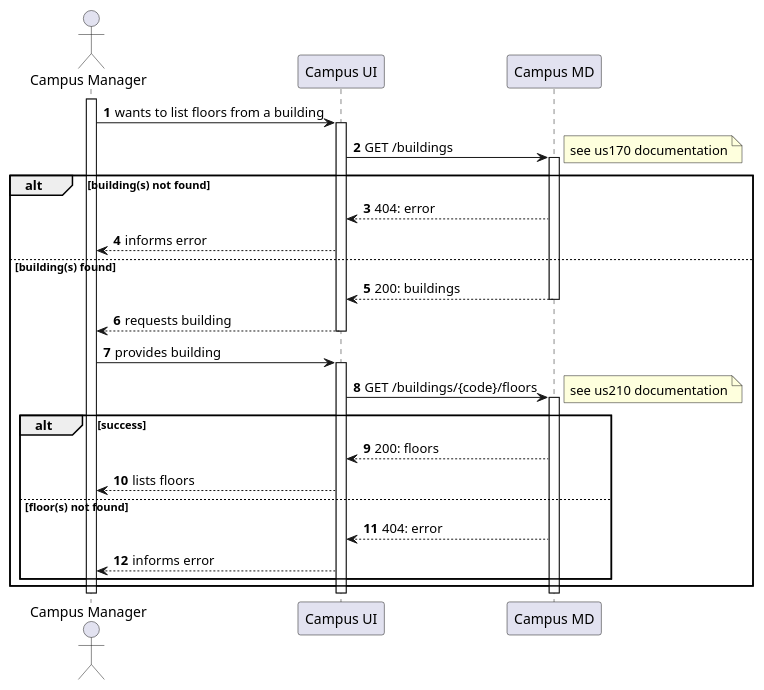
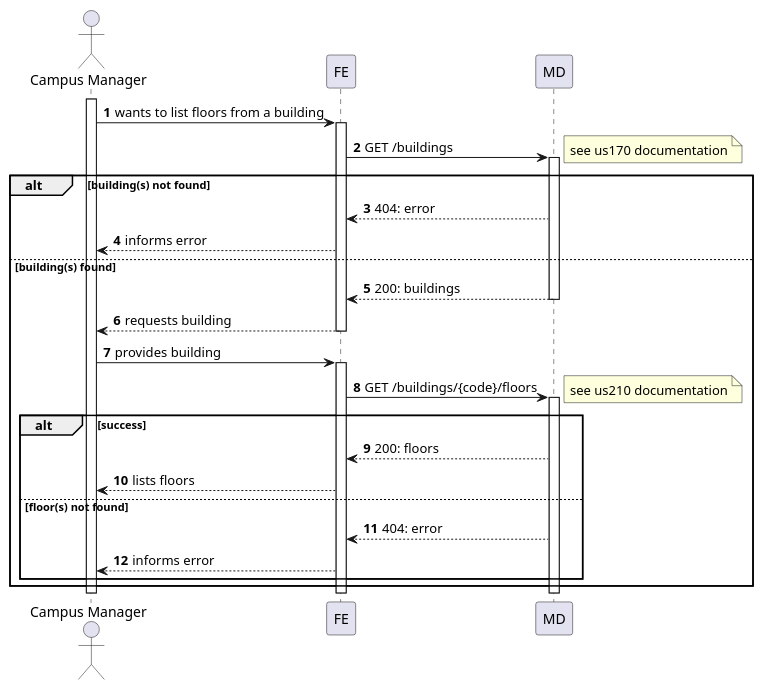
One commit to Departamento-de-Engenharia-Informatica/lapr5-23-24-g19 changed the diagram in docs/us1100/level2/process-view.puml. Above: the diagram before and after it, drawn with PlantUML. The commit also changed 1 other file, not shown here.

Commit message:
docs(us1100): changed uml components title

```diff
--- a/docs/us1100/level2/process-view.puml
+++ b/docs/us1100/level2/process-view.puml
@@ -1,44 +1,43 @@
 @startuml
 autonumber
 
 actor "Campus Manager" as usr
 
-participant "Campus UI" as ui
+participant "FE" as ui
 
-'TODO: call it just 'MD'?
-participant "Campus MD" as md
+participant "MD" as md
 
 activate usr
     usr -> ui : wants to list floors from a building
     activate ui
         ui -> md : GET /buildings
     alt building(s) not found
             activate md
                 note right : see us170 documentation
                 md --> ui : 404: error
                 ui --> usr : informs error
 
     else building(s) found
             md --> ui : 200: buildings
             deactivate md
             ui --> usr : requests building
         deactivate ui
 
         usr -> ui : provides building
         activate ui
             ui -> md : GET /buildings/{code}/floors
             activate md
                 note right : see us210 documentation
                 alt success
                     md --> ui : 200: floors
                     ui --> usr : lists floors
                 else floor(s) not found
                     md --> ui : 404: error
                     ui --> usr : informs error
                 end
     end
         deactivate md
     deactivate ui
 deactivate usr
 
 @enduml
```
